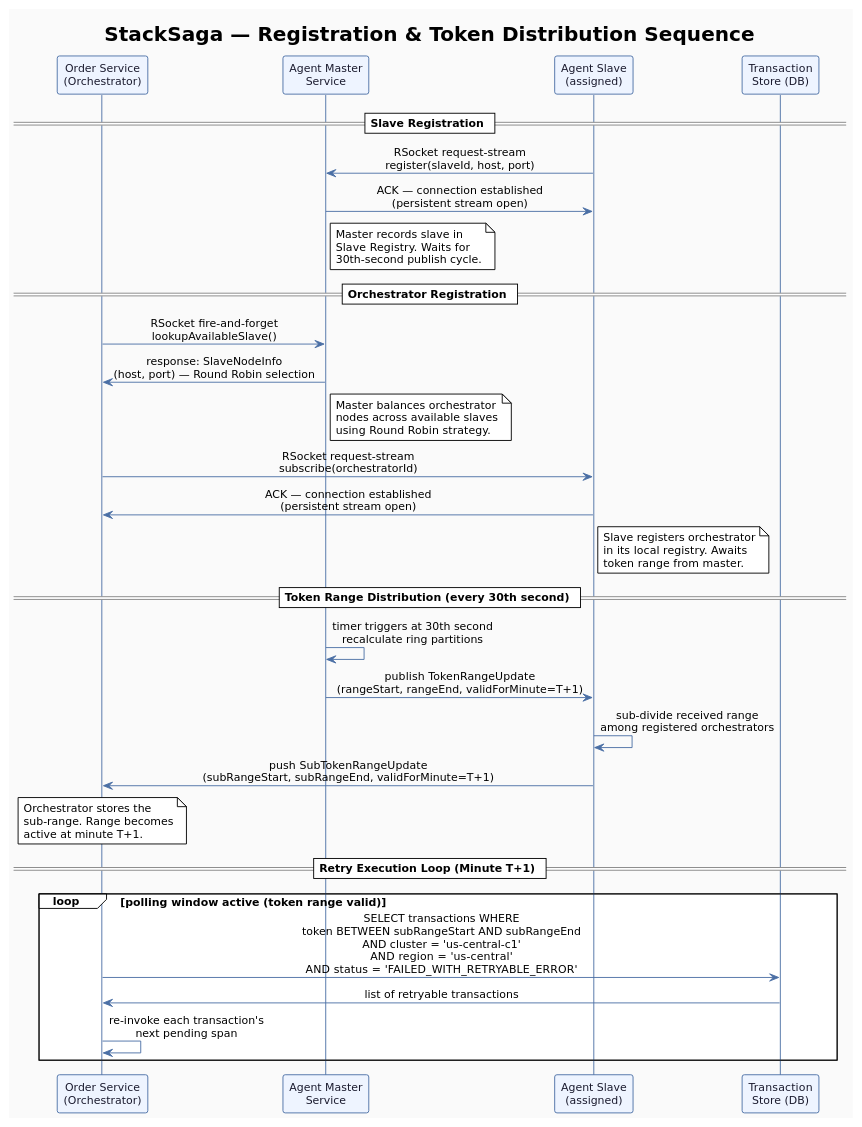
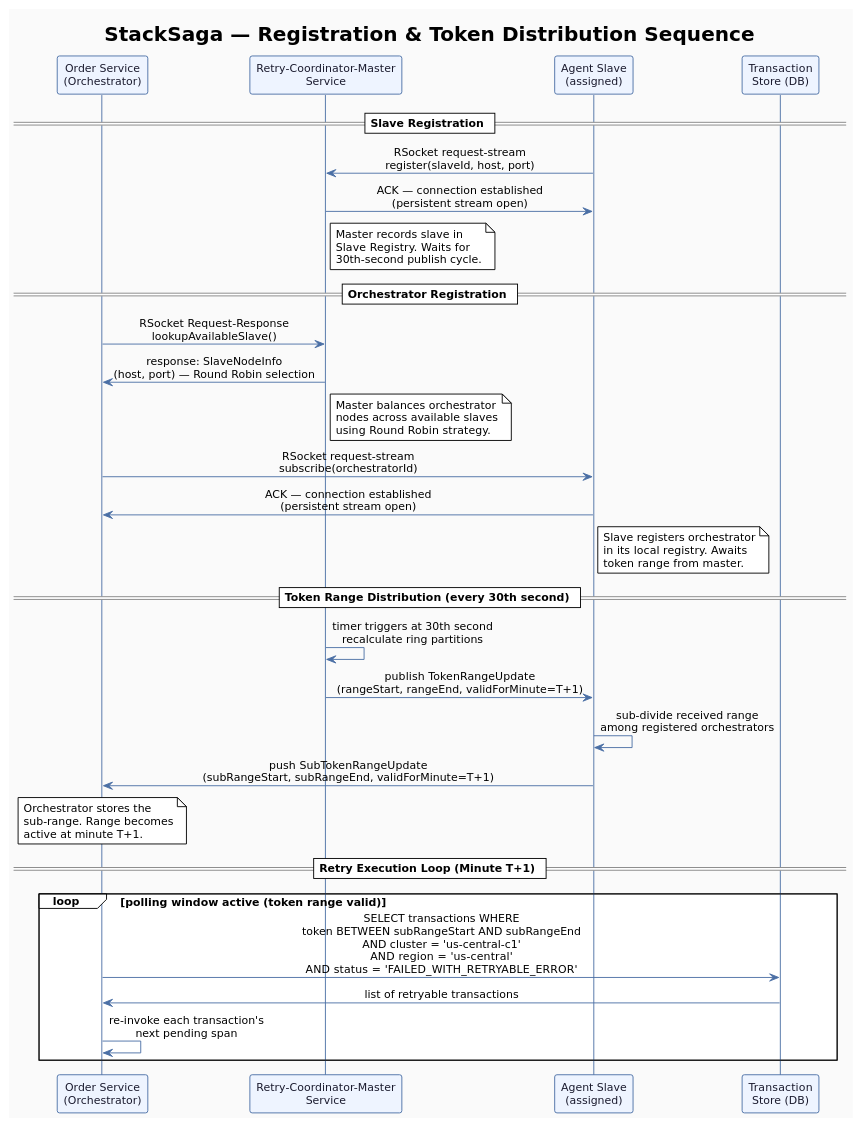
Before and after one commit to stacksaga/stacksaga-docs: the diagram in docs/modules/ROOT/pages/transaction-retrying-with-retry-coordinator.adoc, drawn with PlantUML. The commit also changed other lines of this file and 6 other files, not shown here.

Commit message:
Add SVG diagrams for StackSaga architecture and registration sequence

```diff
--- a/docs/modules/ROOT/pages/transaction-retrying-with-retry-coordinator.adoc
+++ b/docs/modules/ROOT/pages/transaction-retrying-with-retry-coordinator.adoc
@@ -347,77 +442,77 @@
-[plantuml, target=registration-sequence, format=svg]
+[plantuml,target=registration-sequence,format=svg]
 ----
 @startuml registration-sequence
 !theme plain
 skinparam backgroundColor #FAFAFA
 skinparam defaultFontName "DejaVu Sans"
 skinparam defaultFontSize 12
 skinparam sequenceMessageAlign center
 
 skinparam participant {
   BackgroundColor #EEF4FF
   BorderColor #4A6FA5
   FontColor #1A1A2E
 }
 
 skinparam sequence {
   ArrowColor #4A6FA5
   LifeLineBorderColor #4A6FA5
   LifeLineBackgroundColor #EEF4FF
   NoteBackgroundColor #FFF9E6
   NoteBorderColor #E0A800
 }
 
 title <b>StackSaga — Registration & Token Distribution Sequence</b>
 
 participant "Order Service\n(Orchestrator)" as orc
-participant "Agent Master\nService" as master
+participant "Retry-Coordinator-Master\nService" as master
 participant "Agent Slave\n(assigned)" as slave
 participant "Transaction\nStore (DB)" as db
 
 == Slave Registration ==
 slave -> master : RSocket request-stream\nregister(slaveId, host, port)
 master -> slave : ACK — connection established\n(persistent stream open)
 note right of master
   Master records slave in
   Slave Registry. Waits for
   30th-second publish cycle.
 end note
 
 == Orchestrator Registration ==
-orc -> master : RSocket fire-and-forget\nlookupAvailableSlave()
+orc -> master : RSocket Request-Response\nlookupAvailableSlave()
 master -> orc : response: SlaveNodeInfo\n(host, port) — Round Robin selection
 note right of master
   Master balances orchestrator
   nodes across available slaves
   using Round Robin strategy.
 end note
 
 orc -> slave : RSocket request-stream\nsubscribe(orchestratorId)
 slave -> orc : ACK — connection established\n(persistent stream open)
 note right of slave
   Slave registers orchestrator
   in its local registry. Awaits
   token range from master.
 end note
 
 == Token Range Distribution (every 30th second) ==
 master -> master : timer triggers at 30th second\nrecalculate ring partitions
 master -> slave : publish TokenRangeUpdate\n(rangeStart, rangeEnd, validForMinute=T+1)
 slave -> slave : sub-divide received range\namong registered orchestrators
 slave -> orc : push SubTokenRangeUpdate\n(subRangeStart, subRangeEnd, validForMinute=T+1)
 
 note over orc
   Orchestrator stores the
   sub-range. Range becomes
   active at minute T+1.
 end note
 
 == Retry Execution Loop (Minute T+1) ==
 loop polling window active (token range valid)
   orc -> db : SELECT transactions WHERE\ntoken BETWEEN subRangeStart AND subRangeEnd\nAND cluster = 'us-central-c1'\nAND region  = 'us-central'\nAND status  = 'FAILED_WITH_RETRYABLE_ERROR'
   db -> orc : list of retryable transactions
   orc -> orc : re-invoke each transaction's\nnext pending span
 end
 
 @enduml
 ----
```
